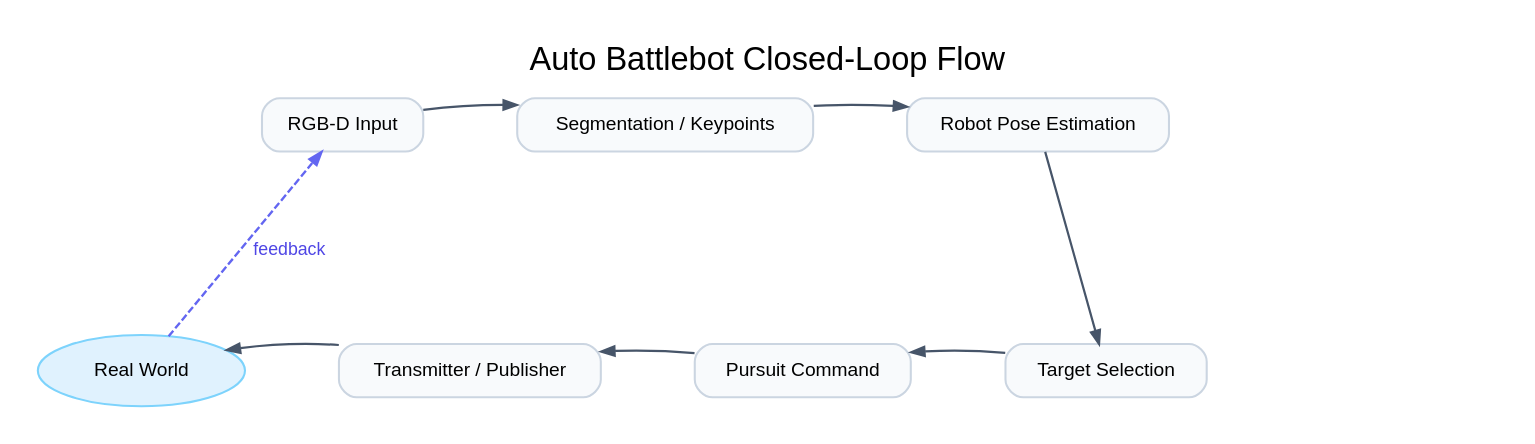
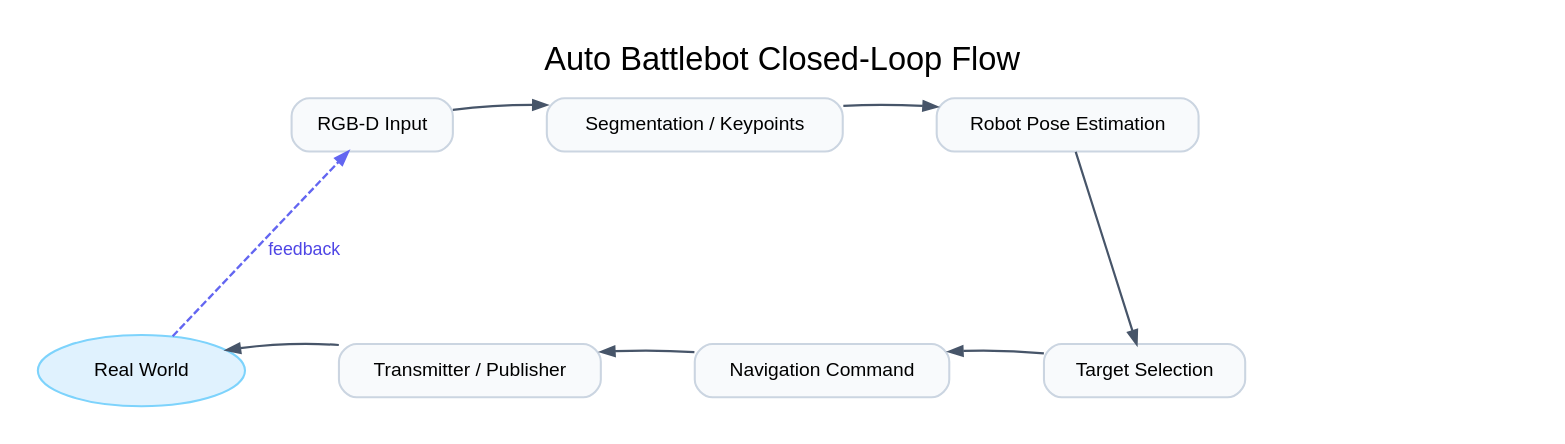
One commit to Woz4tetra/auto-battlebot changed the diagram in docs/diagrams/system.dot. Above: the diagram before and after it, drawn with Graphviz. The commit also changed 16 other files, not shown here.

```diff
--- a/docs/diagrams/system.dot
+++ b/docs/diagrams/system.dot
@@ -1,87 +1,87 @@
 digraph AutoBattlebotSystem {
   graph [
     rankdir=TB
     label="Auto Battlebot Closed-Loop Flow"
     labelloc=t
     fontsize=22
     fontname="Helvetica"
     pad=0.25
     nodesep=0.45
     ranksep=0.7
     splines=spline
     overlap=false
     bgcolor="white"
   ];
 
   node [
     shape=box
     style="rounded,filled"
     fillcolor="#F8FAFC"
     color="#CBD5E1"
     fontname="Helvetica"
     fontsize=13
     penwidth=1.4
     margin="0.20,0.14"
   ];
 
   edge [
     color="#475569"
     penwidth=1.5
     arrowsize=0.9
     fontname="Helvetica"
     fontsize=12
   ];
 
   rgbd_input [label="RGB-D Input"];
   segmentation_keypoints [label="Segmentation / Keypoints"];
   robot_pose_estimation [label="Robot Pose Estimation"];
   transmitter_publisher [label="Transmitter / Publisher"];
-  pursuit_command [label="Pursuit Command"];
+  navigation_command [label="Navigation Command"];
   target_selection [label="Target Selection"];
   real_world [
     label="Real World"
     shape=ellipse
     fillcolor="#E0F2FE"
     color="#7DD3FC"
   ];
   row1_pad_right [label="", shape=box, style=invis, width=2.2, height=0.75];
 
   {
     rank=same;
     rgbd_input;
     segmentation_keypoints;
     robot_pose_estimation;
     row1_pad_right;
   }
 
   {
     rank=same;
     real_world;
     transmitter_publisher;
-    pursuit_command;
+    navigation_command;
     target_selection;
   }
 
   // Keep row ordering stable for snake-grid readability.
   rgbd_input -> segmentation_keypoints [style=invis, weight=10];
   segmentation_keypoints -> robot_pose_estimation [style=invis, weight=10];
   robot_pose_estimation -> row1_pad_right [style=invis, weight=10];
   real_world -> transmitter_publisher [style=invis, weight=10];
-  transmitter_publisher -> pursuit_command [style=invis, weight=10];
-  pursuit_command -> target_selection [style=invis, weight=10];
+  transmitter_publisher -> navigation_command [style=invis, weight=10];
+  navigation_command -> target_selection [style=invis, weight=10];
 
   rgbd_input -> segmentation_keypoints;
   segmentation_keypoints -> robot_pose_estimation;
   robot_pose_estimation -> target_selection [minlen=2];
-  pursuit_command -> transmitter_publisher;
-  target_selection -> pursuit_command;
+  navigation_command -> transmitter_publisher;
+  target_selection -> navigation_command;
   transmitter_publisher -> real_world;
   real_world -> rgbd_input [
     label="feedback"
     style=dashed
     color="#6366F1"
     fontcolor="#4F46E5"
     penwidth=1.6
     minlen=2
   ];
 }
```
